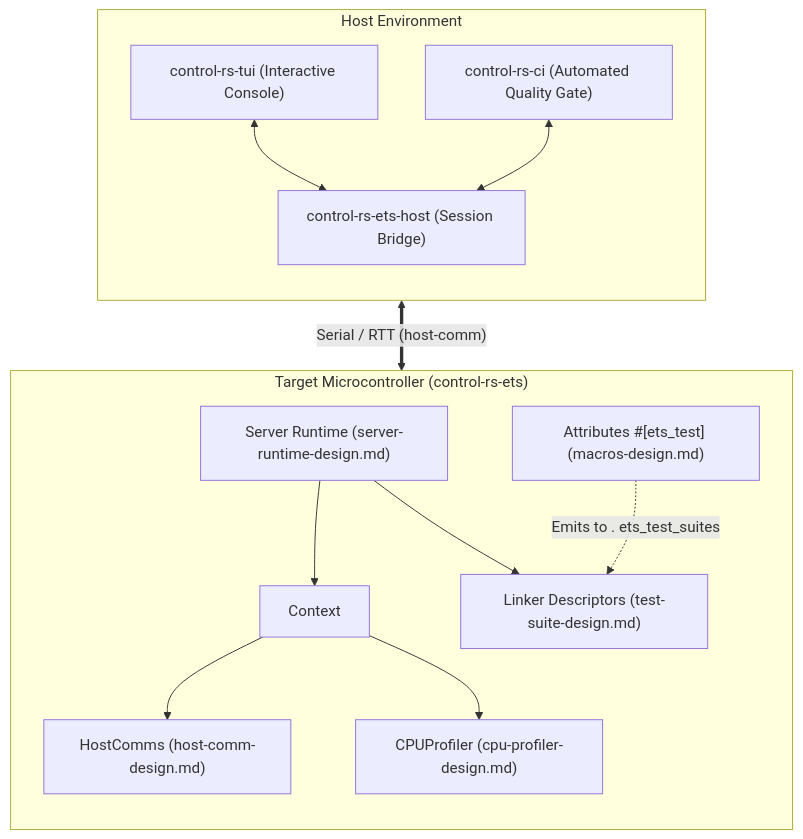
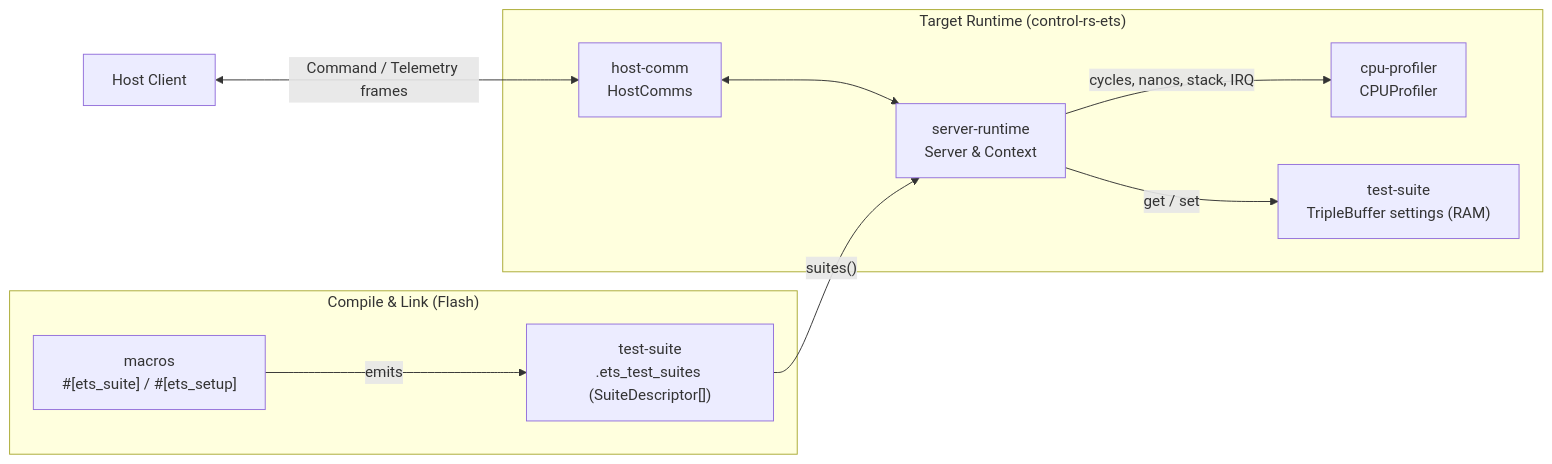
The first of 2 diagrams in documentation/ets/embedded-test-server-design.md (Dyse-Industries/control-rs), drawn with Mermaid before and after one commit. The commit also changed other lines of this file and 4 other files, not shown here.

Commit message:
design updates for ETS core

````diff
--- a/documentation/ets/embedded-test-server-design.md
+++ b/documentation/ets/embedded-test-server-design.md
@@ -122,28 +119,23 @@
 ```mermaid
-flowchart TD
-    Host <==>|" Serial / RTT (host-comm) "| MCU["Target Microcontroller"]
+flowchart LR
+    HOST["Host Client"]
 
-    subgraph Host ["Host Environment"]
-        direction TB
-        TUI["control-rs-tui (Interactive Console)"]
-        CI["control-rs-ci (Automated Quality Gate)"]
-        Bridge["control-rs-ets-host (Session Bridge)"]
-        TUI <--> Bridge
-        CI <--> Bridge
+    subgraph COMPILE ["Compile & Link (Flash)"]
+        MAC["macros<br/>#[ets_suite] / #[ets_setup]"]
+        SEC["test-suite<br/>.ets_test_suites (SuiteDescriptor[])"]
+        MAC -->|emits| SEC
     end
 
-    subgraph MCU ["Target Microcontroller (control-rs-ets)"]
-        direction TB
-        Server["Server Runtime (server-runtime-design.md)"]
-        Context["Context<C, P>"]
-        Comms["HostComms (host-comm-design.md)"]
-        Profiler["CPUProfiler (cpu-profiler-design.md)"]
-        Registry["Linker Descriptors (test-suite-design.md)"]
-        Macros["Attributes #[ets_test] (macros-design.md)"]
-        Server --> Context
-        Context --> Comms
-        Context --> Profiler
-        Server --> Registry
-        Macros -.->|Emits to . ets_test_suites| Registry
+    subgraph TARGET ["Target Runtime (control-rs-ets)"]
+        COMMS["host-comm<br/>HostComms"]
+        SRV["server-runtime<br/>Server & Context"]
+        PROF["cpu-profiler<br/>CPUProfiler"]
+        TB["test-suite<br/>TripleBuffer settings (RAM)"]
     end
+
+    HOST <-->|" Command / Telemetry frames "| COMMS
+    COMMS <--> SRV
+    SEC -->|" suites() "| SRV
+    SRV -->|" cycles, nanos, stack, IRQ "| PROF
+    SRV -->|" get / set "| TB
 ```
````
